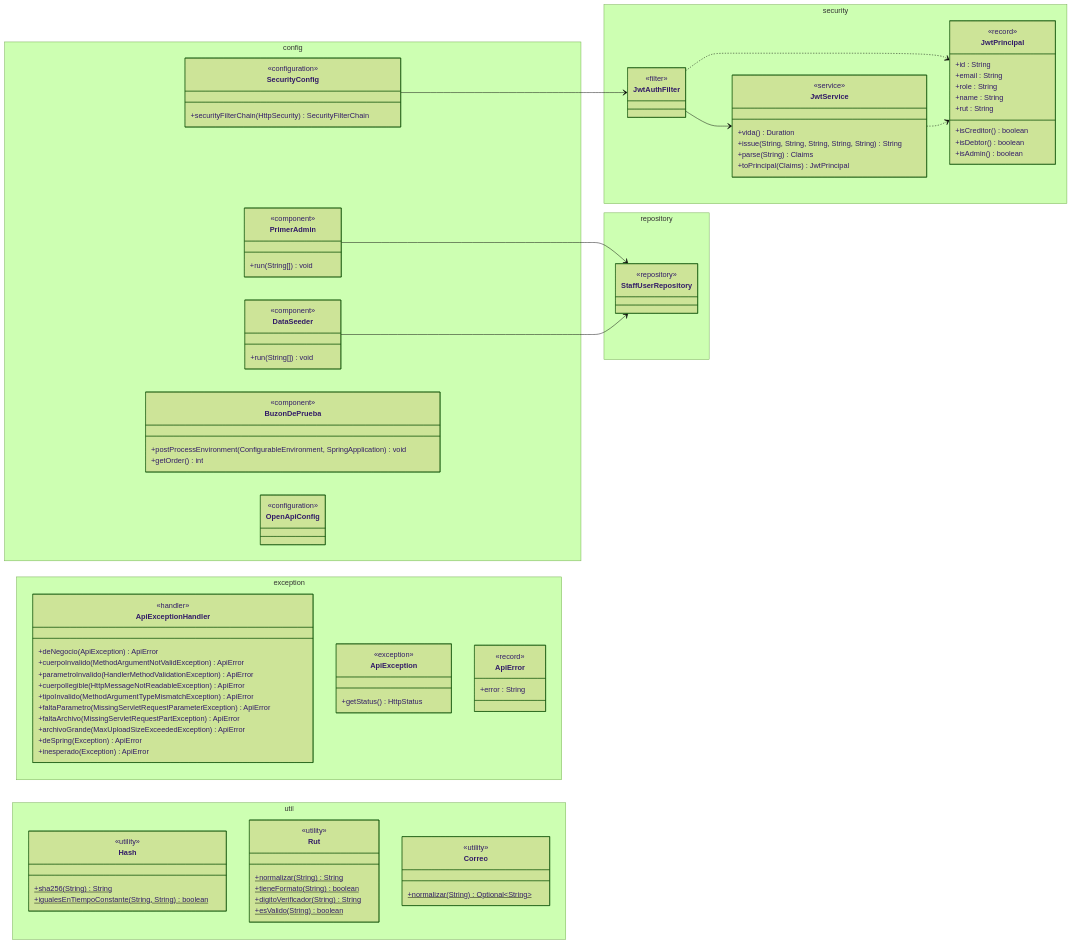
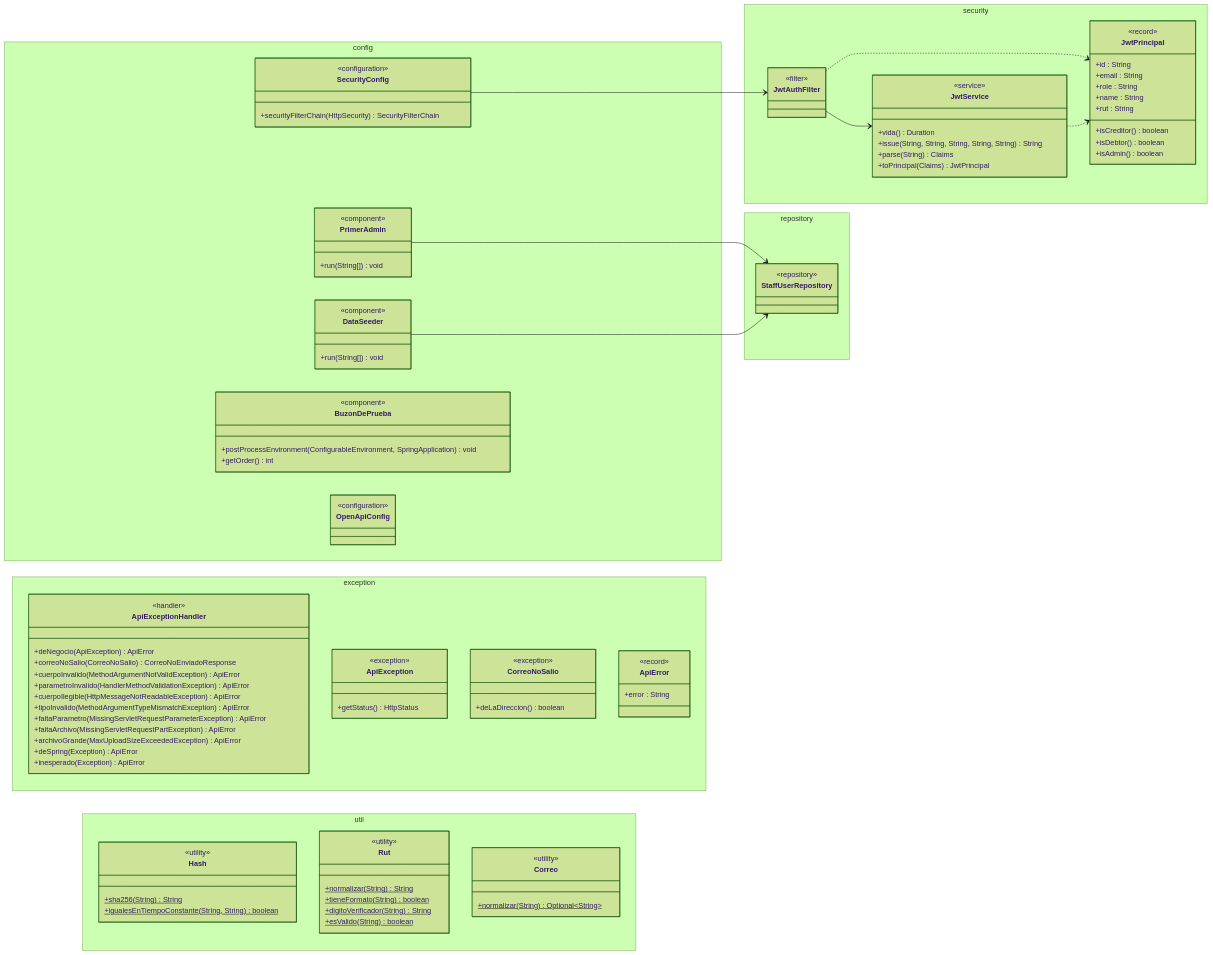
The fourth of 17 diagrams in docs/diagramas/clases.md (TechnicalBridge/DataBridge), drawn with Mermaid (forest theme) before and after one commit. The commit also changed other lines of this file and 35 other files, not shown here.

Commit message:
feat(ms-auth, ms-debt, portal): Un correo que no sale no cuenta como enviado

```diff
--- a/docs/diagramas/clases.md
+++ b/docs/diagramas/clases.md
@@ -507,6 +509,7 @@
         class ApiExceptionHandler {
             <<handler>>
             +deNegocio(ApiException) ApiError
+            +correoNoSalio(CorreoNoSalio) CorreoNoEnviadoResponse
             +cuerpoInvalido(MethodArgumentNotValidException) ApiError
             +parametroInvalido(HandlerMethodValidationException) ApiError
             +cuerpoIlegible(HttpMessageNotReadableException) ApiError
@@ -520,6 +523,10 @@
         class ApiException {
             <<exception>>
             +getStatus() HttpStatus
+        }
+        class CorreoNoSalio {
+            <<exception>>
+            +deLaDireccion() boolean
         }
         class ApiError {
             <<record>>
```
